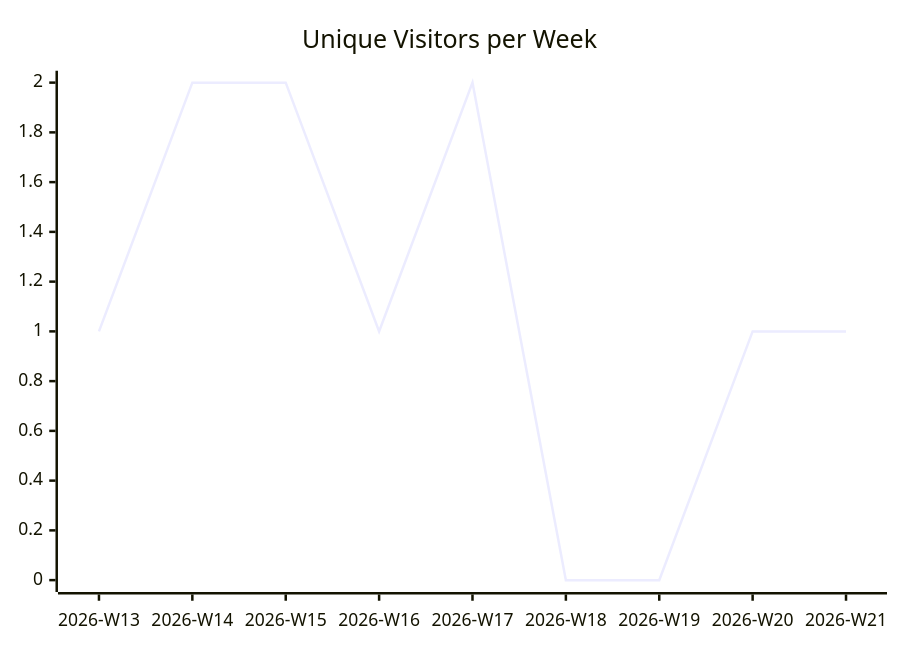
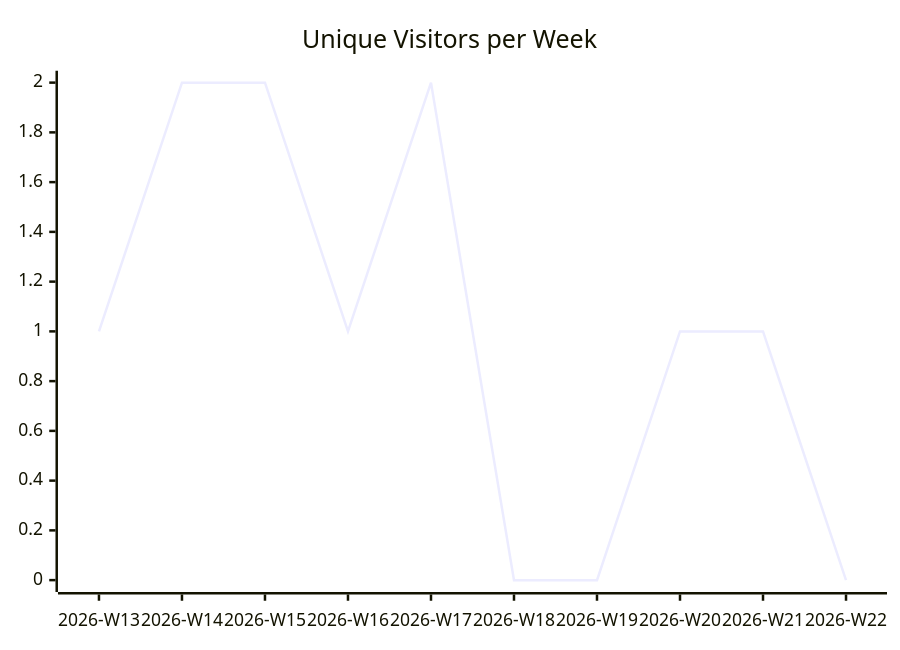
One commit to justdavis-family/github-analytics-data changed the first of 3 diagrams in karlmdavis/fhir-benchmarks/README.md. Above: the diagram before and after it, drawn with Mermaid. The commit also changed other lines of this file and 190 other files, not shown here.

````diff
--- a/karlmdavis/fhir-benchmarks/README.md
+++ b/karlmdavis/fhir-benchmarks/README.md
@@ -5,6 +5,6 @@
 ```mermaid
 xychart-beta
   title "Unique Visitors per Week"
-  x-axis ["2026-W13", "2026-W14", "2026-W15", "2026-W16", "2026-W17", "2026-W18", "2026-W19", "2026-W20", "2026-W21"]
-  line [1, 2, 2, 1, 2, 0, 0, 1, 1]
+  x-axis ["2026-W13", "2026-W14", "2026-W15", "2026-W16", "2026-W17", "2026-W18", "2026-W19", "2026-W20", "2026-W21", "2026-W22"]
+  line [1, 2, 2, 1, 2, 0, 0, 1, 1, 0]
 ```
````
